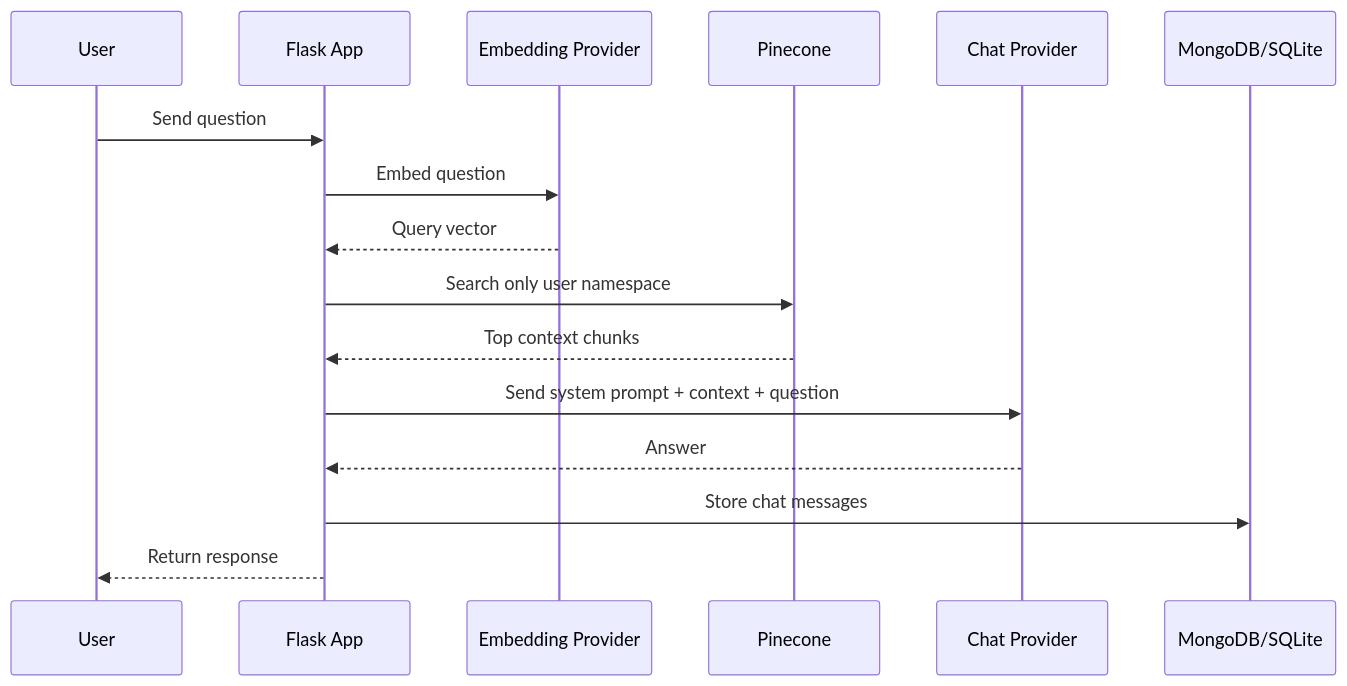
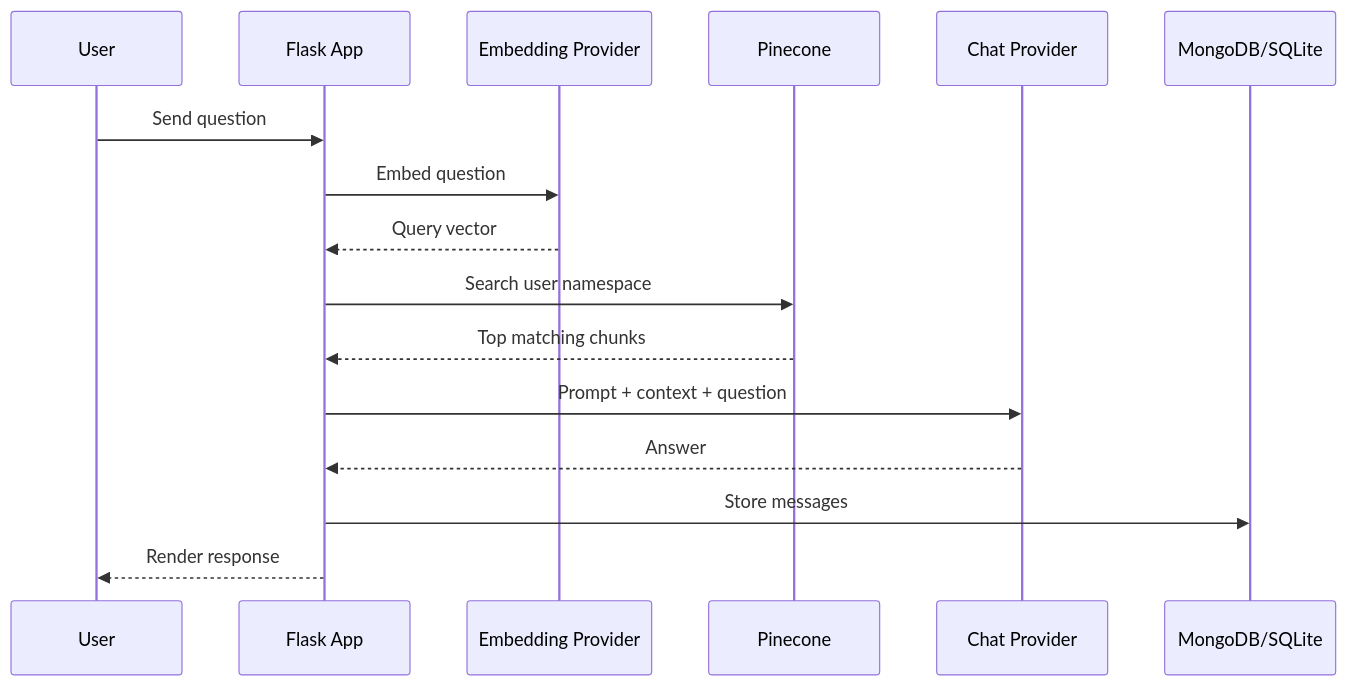
Before and after one commit to Valo-Asura/custom_ai_bot: the fourth of 4 diagrams in README.md, drawn with Mermaid. The commit also changed other lines of this file and 177 other files, not shown here.

````diff
--- a/README.md
+++ b/README.md
@@ -95,19 +124,19 @@
 ```mermaid
 sequenceDiagram
     participant U as User
     participant A as Flask App
     participant E as Embedding Provider
     participant P as Pinecone
     participant L as Chat Provider
     participant DB as MongoDB/SQLite
 
     U->>A: Send question
     A->>E: Embed question
     E-->>A: Query vector
-    A->>P: Search only user namespace
-    P-->>A: Top context chunks
-    A->>L: Send system prompt + context + question
+    A->>P: Search user namespace
+    P-->>A: Top matching chunks
+    A->>L: Prompt + context + question
     L-->>A: Answer
-    A->>DB: Store chat messages
-    A-->>U: Return response
+    A->>DB: Store messages
+    A-->>U: Render response
 ```
````
